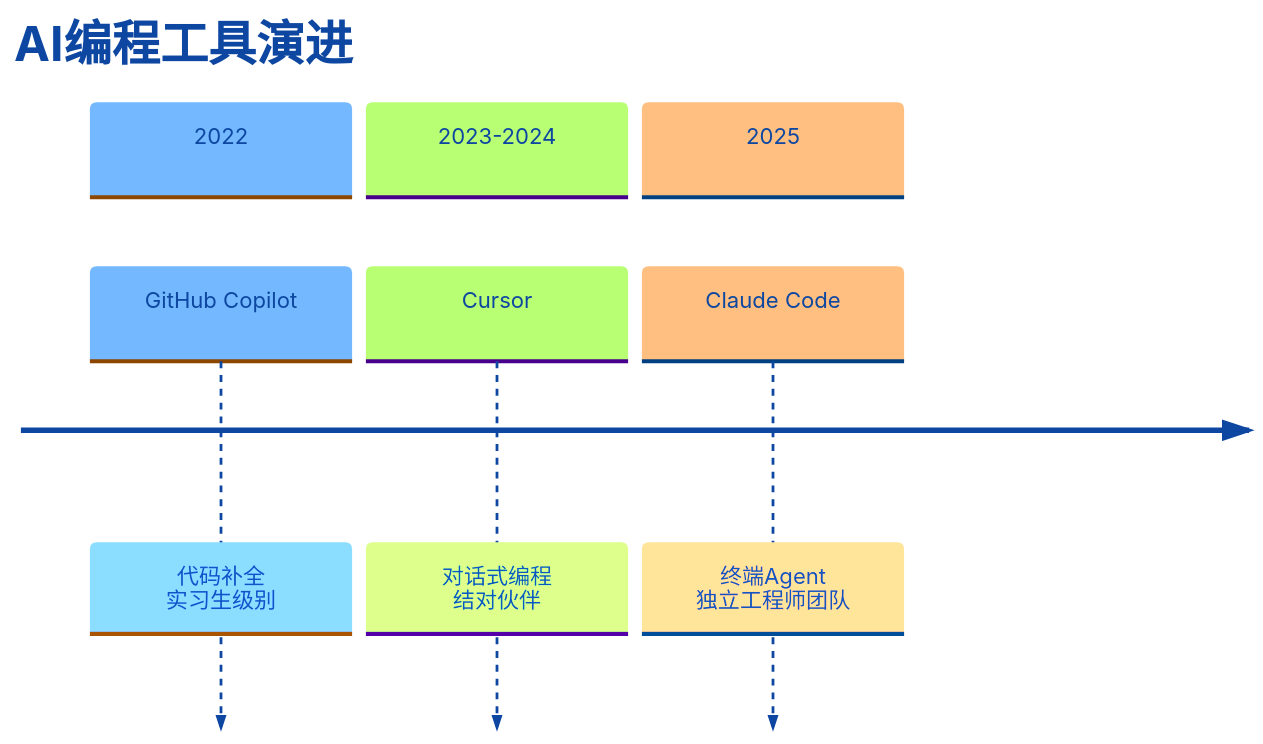
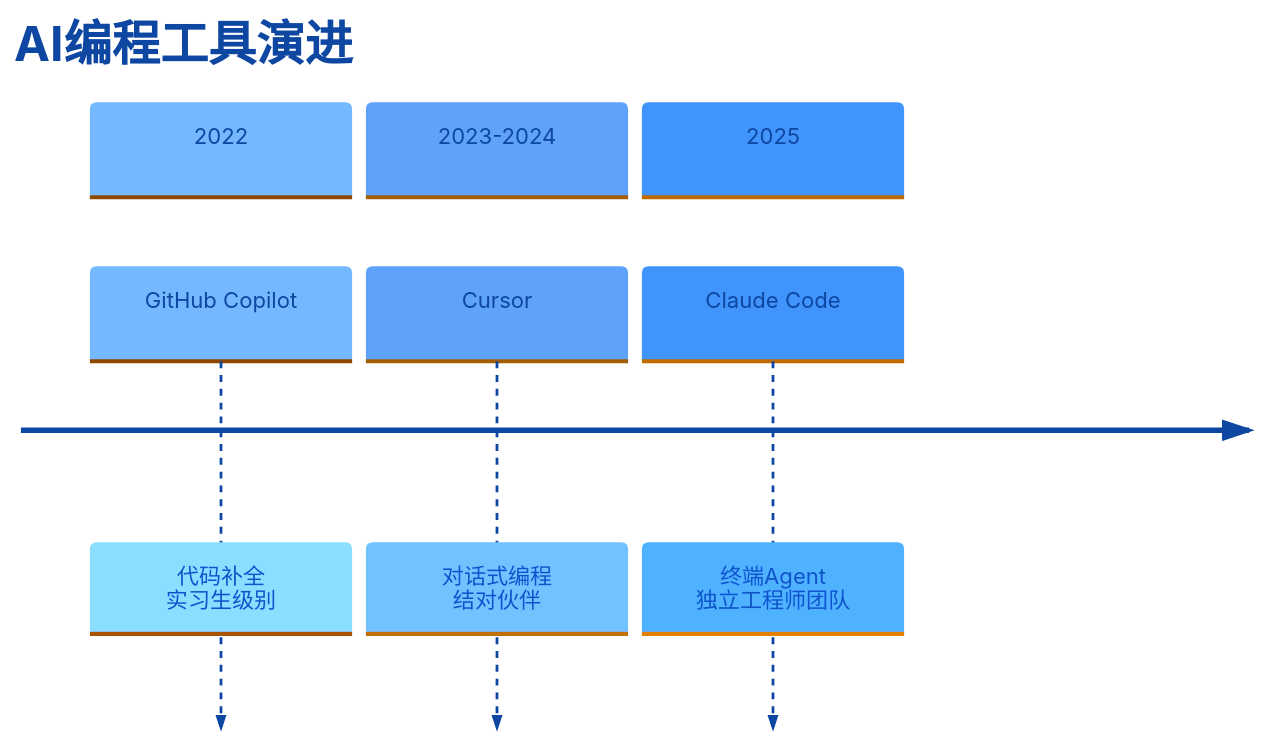
The second of 19 diagrams in docs/claude/ClaudeCodeAI编程完全指南.md (microwind/ai-skills), drawn with Mermaid before and after one commit. The commit also changed other lines of this file and 1 other file, not shown here.

````diff
--- a/docs/claude/ClaudeCodeAI编程完全指南.md
+++ b/docs/claude/ClaudeCodeAI编程完全指南.md
@@ -43,11 +72,11 @@
 ```mermaid
-%%{init: {'theme': 'base', 'themeVariables': { 'primaryColor': '#f3f9ff', 'primaryTextColor': '#0d47a1', 'primaryBorderColor': '#2196f3', 'lineColor': '#42a5f5', 'fillType0': '#e3f2fd', 'fillType1': '#bbdefb', 'fillType2': '#90caf9' }}}%%
+%%{init: {'theme': 'base', 'themeVariables': { 'background': '#f0f7ff', 'secondaryColor': '#dbeafe', 'tertiaryColor': '#bfdbfe', 'primaryColor': '#f3f9ff', 'primaryTextColor': '#0d47a1', 'primaryBorderColor': '#2196f3', 'lineColor': '#42a5f5', 'fillType0': '#e3f2fd', 'fillType1': '#bbdefb', 'fillType2': '#90caf9' }}}%%
 timeline
     title AI编程工具演进
     section 2022
         GitHub Copilot : 代码补全<br>实习生级别
     section 2023-2024
         Cursor : 对话式编程<br>结对伙伴
     section 2025
         Claude Code : 终端Agent<br>独立工程师团队
 ```
````
